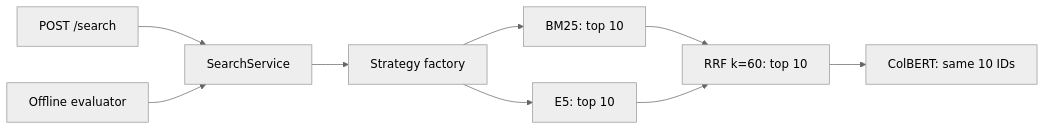
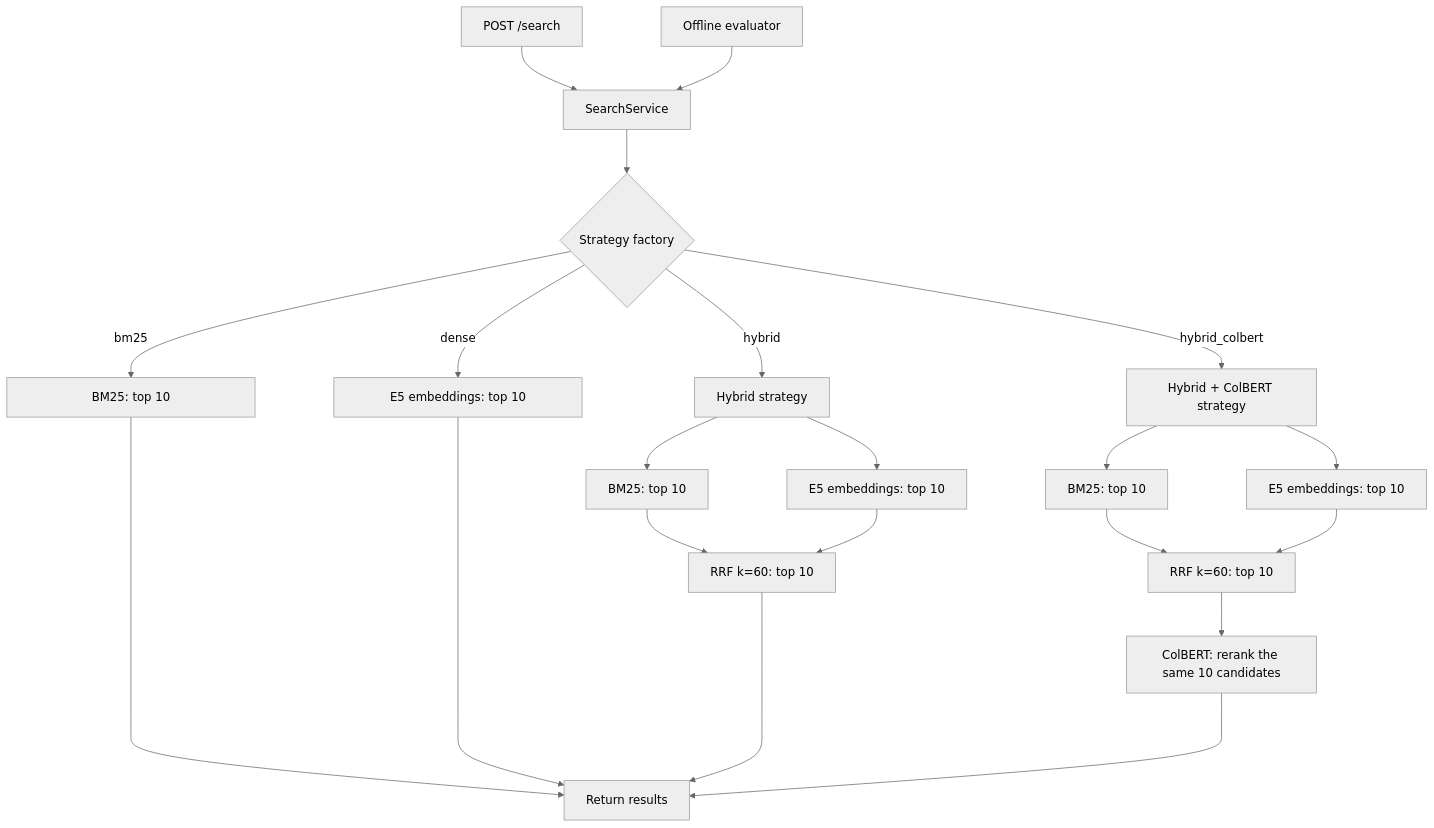
The diagram in README.md (patrickadeelino/retrieval-lab), drawn with Mermaid (neutral theme) before and after one commit. The commit also changed other lines of this file and 18 other files, not shown here.

````diff
--- a/README.md
+++ b/README.md
@@ -29,11 +29,29 @@
 ```mermaid
-flowchart LR
+%%{init: {"flowchart": {"nodeSpacing": 108, "rankSpacing": 60}}}%%
+flowchart TD
     HTTP[POST /search] --> Service[SearchService]
     Offline[Offline evaluator] --> Service
-    Service --> Factory[Strategy factory]
-    Factory --> BM25[BM25: top 10]
-    Factory --> E5[E5: top 10]
-    BM25 --> RRF[RRF k=60: top 10]
-    E5 --> RRF
-    RRF --> ColBERT[ColBERT: same 10 IDs]
+    Service --> Factory{Strategy factory}
+
+    Factory -->|bm25| BM25["<div style='width:280px'>BM25: top 10</div>"]
+    Factory -->|dense| E5["<div style='width:280px'>E5 embeddings: top 10</div>"]
+    Factory -->|hybrid| Hybrid[Hybrid strategy]
+    Factory -->|hybrid_colbert| Reranking[Hybrid + ColBERT strategy]
+
+    Hybrid --> HBM25[BM25: top 10]
+    Hybrid --> HE5[E5 embeddings: top 10]
+    HBM25 --> HRRF[RRF k=60: top 10]
+    HE5 --> HRRF
+
+    Reranking --> CBM25[BM25: top 10]
+    Reranking --> CE5[E5 embeddings: top 10]
+    CBM25 --> CRRF[RRF k=60: top 10]
+    CE5 --> CRRF
+    CRRF --> ColBERT[ColBERT: rerank the same 10 candidates]
+
+    %% Equal total branch lengths keep all four strategy entries on the same rank.
+    BM25 ------> End[Return results]
+    E5 ------> End
+    HRRF ----> End
+    ColBERT ---> End
 ```
````
